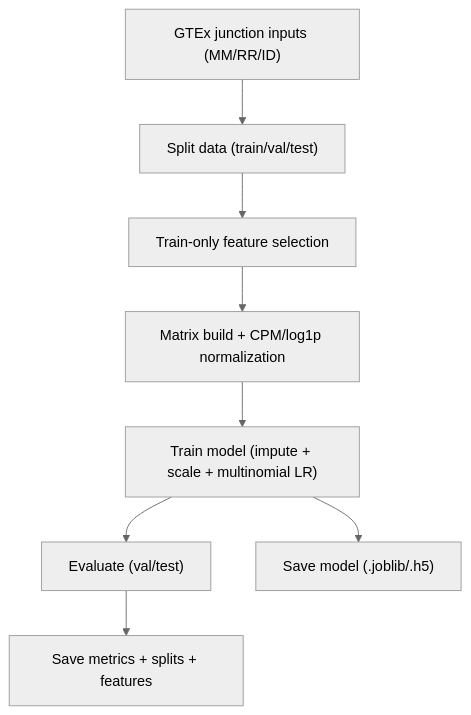
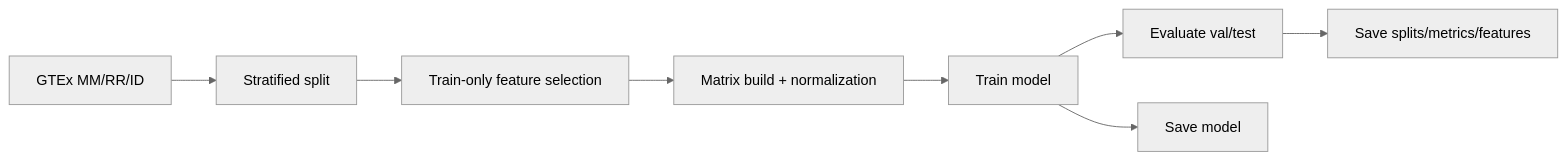
The diagram in README.md (JustSplash8501/SliceVault), drawn with Mermaid (neutral theme) before and after one commit. The commit also changed other lines of this file, not shown here.

````diff
--- a/README.md
+++ b/README.md
@@ -137,10 +76,10 @@
 ```mermaid
-flowchart TD
-    A["GTEx junction inputs (MM/RR/ID)"] --> B["Split data (train/val/test)"]
+flowchart LR
+    A["GTEx MM/RR/ID"] --> B["Stratified split"]
     B --> C["Train-only feature selection"]
-    C --> D["Matrix build + CPM/log1p normalization"]
-    D --> E["Train model (impute + scale + multinomial LR)"]
-    E --> F["Evaluate (val/test)"]
-    E --> G["Save model (.joblib/.h5)"]
-    F --> H["Save metrics + splits + features"]
+    C --> D["Matrix build + normalization"]
+    D --> E["Train model"]
+    E --> F["Evaluate val/test"]
+    E --> G["Save model"]
+    F --> H["Save splits/metrics/features"]
 ```
````
